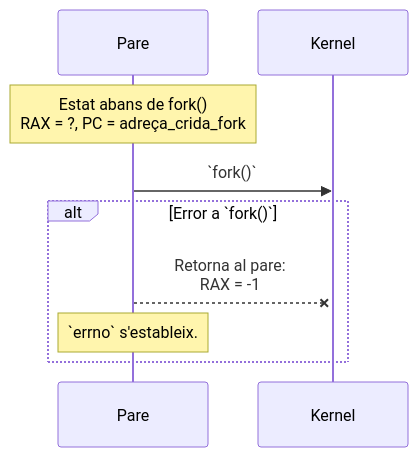
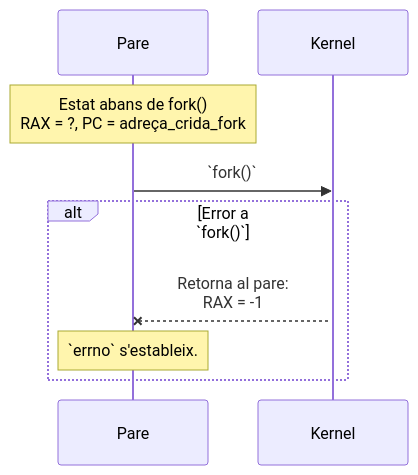
Before and after one commit to SO-UdL-EpS/course-site-igualada: the second of 11 diagrams in blocs/02-proc/teoria/02-create.qmd, drawn with Mermaid. The commit also changed other lines of this file and 54 other files, not shown here.

````diff
--- a/blocs/02-proc/teoria/02-create.qmd
+++ b/blocs/02-proc/teoria/02-create.qmd
@@ -166,16 +167,16 @@
 ```{mermaid}
 %%| echo: false
 sequenceDiagram
     participant P as Pare
     participant K as Kernel
 
     Note over P: Estat abans de fork()<br>RAX = ?, PC = adreça_crida_fork
     P->>K: `fork()`
     activate K
    
     alt Error a `fork()`
-        P--xK: Retorna al pare:<br>RAX = -1
+        K--xP: Retorna al pare:<br>RAX = -1
         Note over P: `errno` s'estableix.
     end
 
 ```
````
